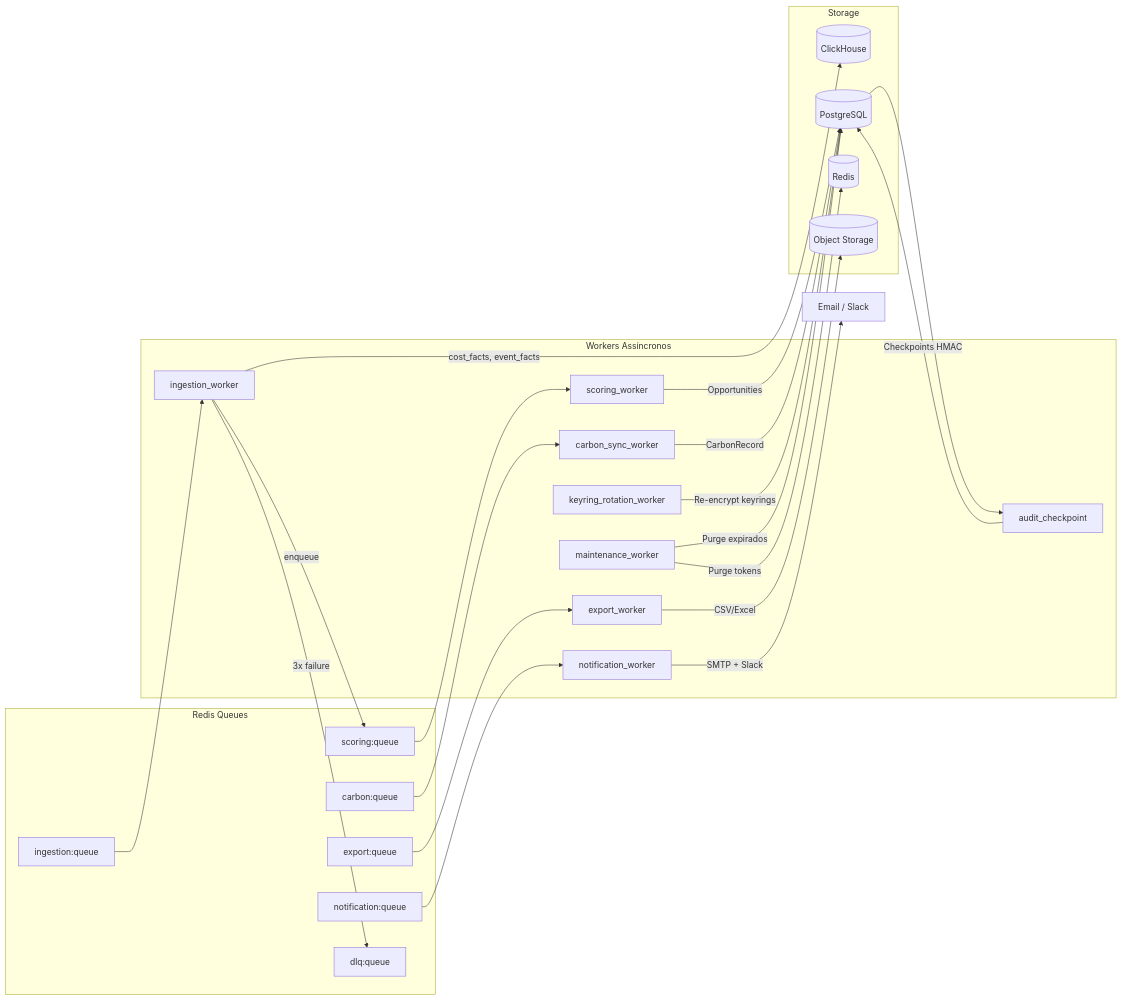
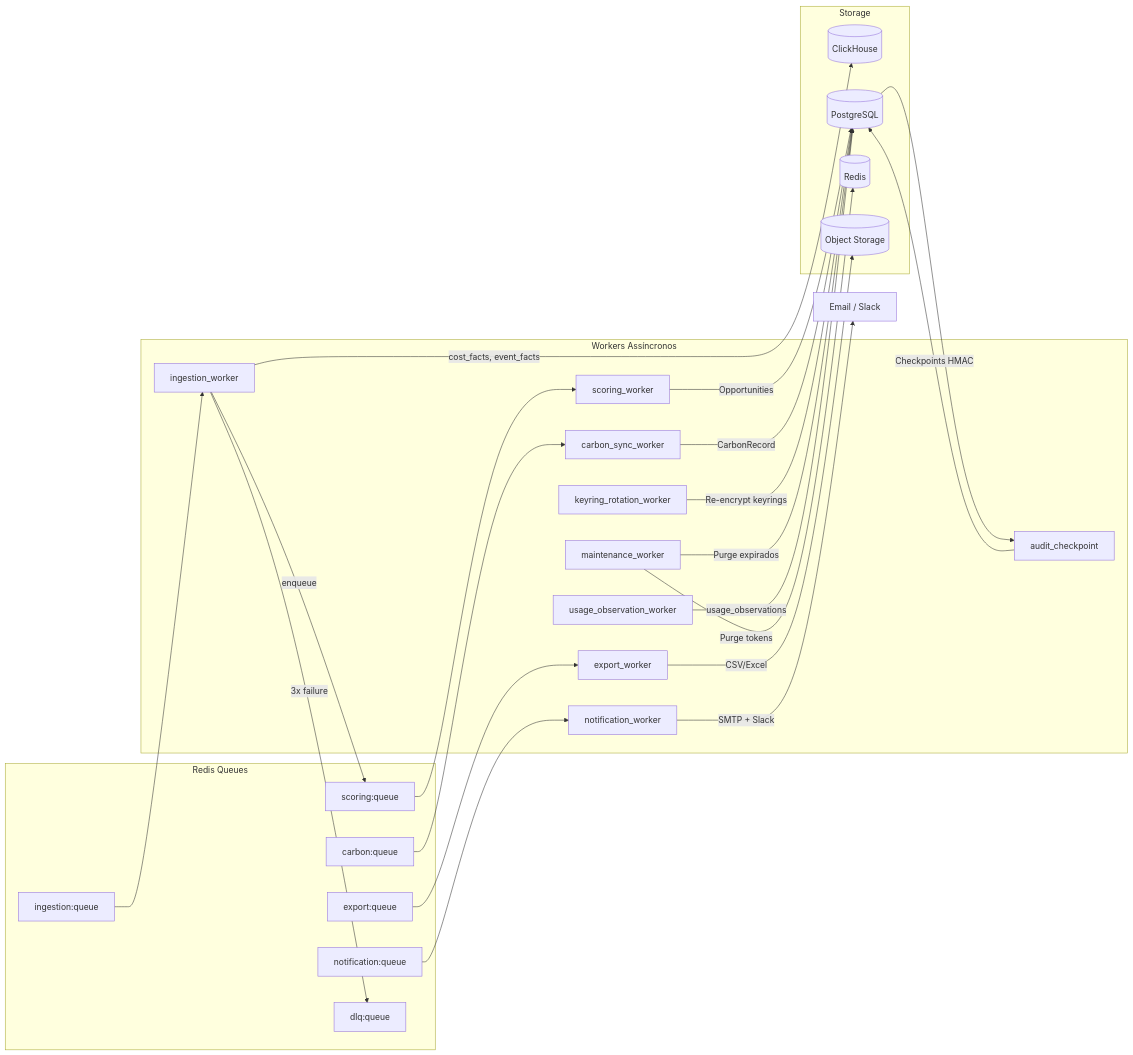
Before and after one commit to FilipiWanderley/CauSium: diagram 17 of 21 in README.md, drawn with Mermaid. The commit also changed other lines of this file and 12 other files, not shown here.

Commit message:
feat: add usage observation pipeline and opportunity explain endpoint

````diff
--- a/README.md
+++ b/README.md
@@ -1085,47 +1095,49 @@
 ```mermaid
 graph LR
   subgraph Queues["Redis Queues"]
     Q1[ingestion:queue]
     Q2[scoring:queue]
     Q3[notification:queue]
     Q4[carbon:queue]
     Q5[export:queue]
     Q6[dlq:queue]
   end
 
   subgraph Workers["Workers Assíncronos"]
     W1[ingestion_worker]
     W2[scoring_worker]
     W3[audit_checkpoint]
     W4[notification_worker]
     W5[carbon_sync_worker]
     W6[export_worker]
     W7[keyring_rotation_worker]
     W8[maintenance_worker]
+    W9[usage_observation_worker]
   end
 
   subgraph Storage["Storage"]
     CH[(ClickHouse)]
     PG[(PostgreSQL)]
     REDIS[(Redis)]
     BLOB[(Object Storage)]
   end
 
   Q1 --> W1
   W1 -->|cost_facts, event_facts| CH
   W1 -->|enqueue| Q2
   W1 -->|3x failure| Q6
   Q2 --> W2
   W2 -->|Opportunities| PG
   PG --> W3
   W3 -->|Checkpoints HMAC| PG
   Q3 --> W4
   W4 -->|SMTP + Slack| External[Email / Slack]
   Q4 --> W5
   W5 -->|CarbonRecord| PG
   Q5 --> W6
   W6 -->|CSV/Excel| BLOB
   W7 -->|Re-encrypt keyrings| PG
   W8 -->|Purge expirados| PG
   W8 -->|Purge tokens| REDIS
+  W9 -->|usage_observations| PG
 ```
````
